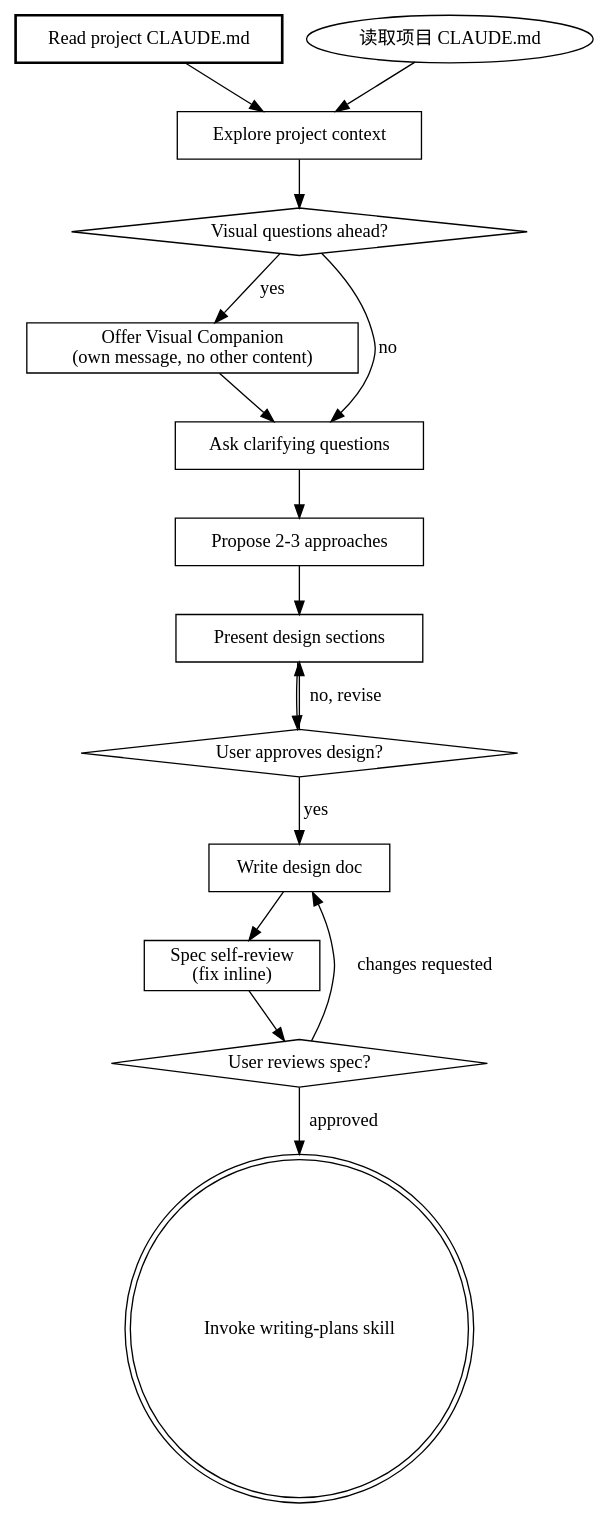
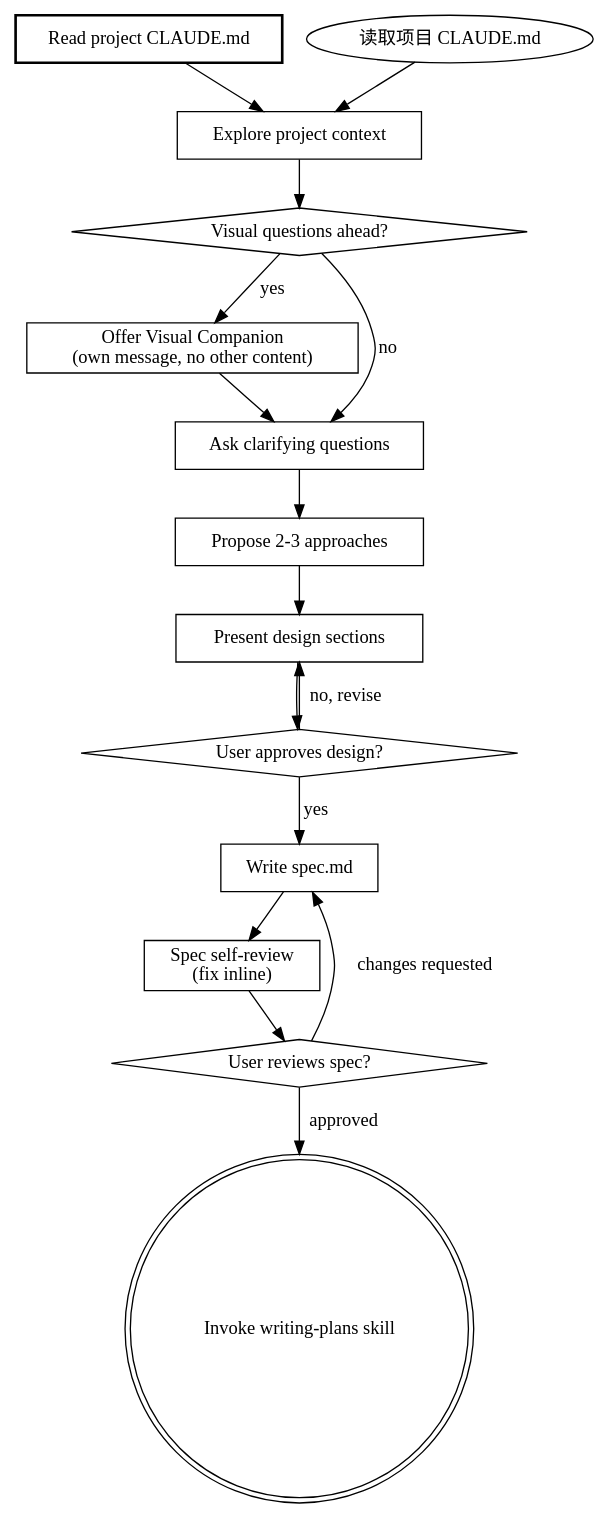
Before and after one commit to zhengzizhe/spicedb-java-sdk: the diagram in .claude/skills/authx-brainstorming/SKILL.md, drawn with Graphviz. The commit also changed other lines of this file and 2 other files, not shown here.

````diff
--- a/.claude/skills/authx-brainstorming/SKILL.md
+++ b/.claude/skills/authx-brainstorming/SKILL.md
@@ -37,32 +37,32 @@
 ```dot
 digraph brainstorming {
     "Read project CLAUDE.md" [shape=box, style=bold];
     "Explore project context" [shape=box];
     "Visual questions ahead?" [shape=diamond];
     "Offer Visual Companion\n(own message, no other content)" [shape=box];
     "Ask clarifying questions" [shape=box];
     "Propose 2-3 approaches" [shape=box];
     "Present design sections" [shape=box];
     "User approves design?" [shape=diamond];
-    "Write design doc" [shape=box];
+    "Write spec.md" [shape=box];
     "Spec self-review\n(fix inline)" [shape=box];
     "User reviews spec?" [shape=diamond];
     "Invoke writing-plans skill" [shape=doublecircle];
 
     "读取项目 CLAUDE.md" -> "Explore project context";
     "Read project CLAUDE.md" -> "Explore project context";
     "Explore project context" -> "Visual questions ahead?";
     "Visual questions ahead?" -> "Offer Visual Companion\n(own message, no other content)" [label="yes"];
     "Visual questions ahead?" -> "Ask clarifying questions" [label="no"];
     "Offer Visual Companion\n(own message, no other content)" -> "Ask clarifying questions";
     "Ask clarifying questions" -> "Propose 2-3 approaches";
     "Propose 2-3 approaches" -> "Present design sections";
     "Present design sections" -> "User approves design?";
     "User approves design?" -> "Present design sections" [label="no, revise"];
-    "User approves design?" -> "Write design doc" [label="yes"];
-    "Write design doc" -> "Spec self-review\n(fix inline)";
+    "User approves design?" -> "Write spec.md" [label="yes"];
+    "Write spec.md" -> "Spec self-review\n(fix inline)";
     "Spec self-review\n(fix inline)" -> "User reviews spec?";
-    "User reviews spec?" -> "Write design doc" [label="changes requested"];
+    "User reviews spec?" -> "Write spec.md" [label="changes requested"];
     "User reviews spec?" -> "Invoke writing-plans skill" [label="approved"];
 }
 ```
````
